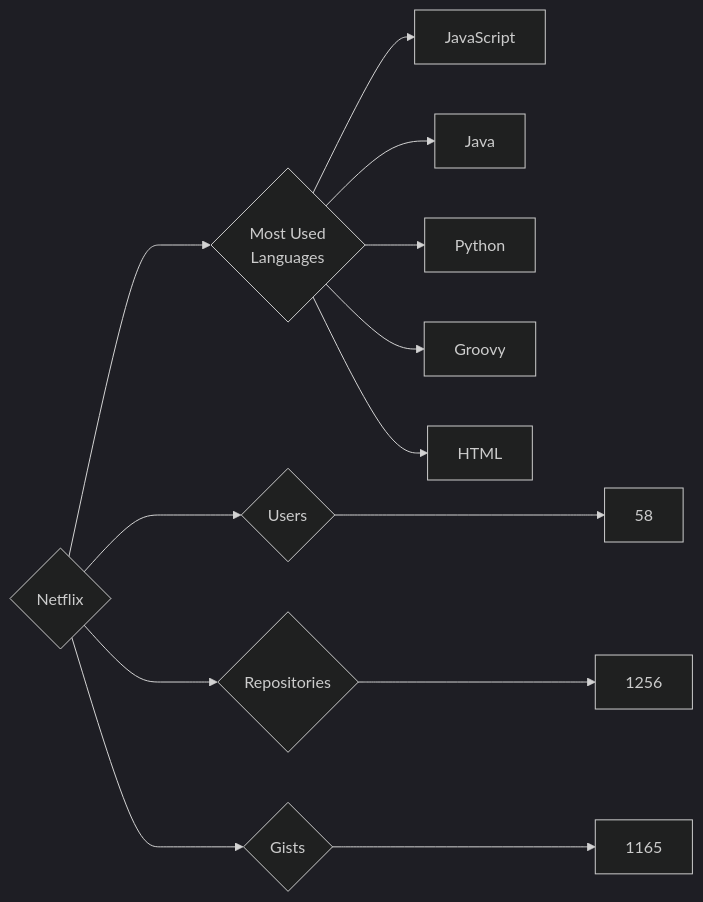
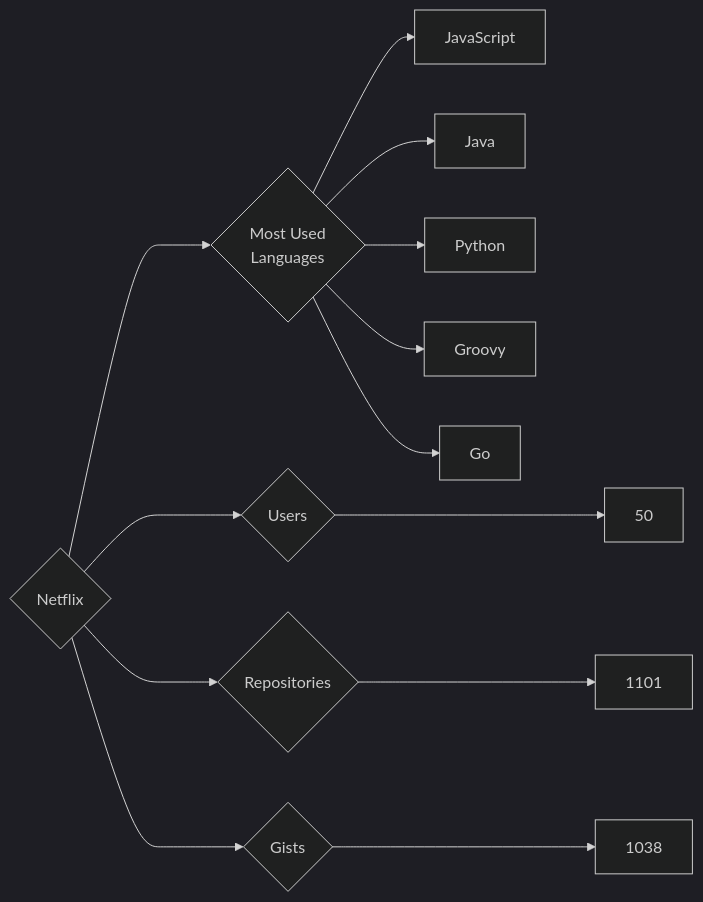
Before and after one commit to trickest/insiders: the diagram in targets/Netflix/README.md, drawn with Mermaid (dark theme). The commit also changed 972 other files, not shown here.

````diff
--- a/targets/Netflix/README.md
+++ b/targets/Netflix/README.md
@@ -3,13 +3,13 @@
 ```mermaid
 graph LR
 COMPANY_NAME{Netflix}
-COMPANY_NAME ---> U{Users} ---> UN[58]
-COMPANY_NAME ---> R{Repositories} ---> RN[1256]
-COMPANY_NAME ---> G{Gists} ---> GN[1165]
+COMPANY_NAME ---> U{Users} ---> UN[50]
+COMPANY_NAME ---> R{Repositories} ---> RN[1101]
+COMPANY_NAME ---> G{Gists} ---> GN[1038]
 COMPANY_NAME ---> ML{Most Used<br>Languages}
 ML --> JavaScript[JavaScript]
 ML --> Java[Java]
 ML --> Python[Python]
 ML --> Groovy[Groovy]
-ML --> HTML[HTML]
+ML --> Go[Go]
 ```
````
